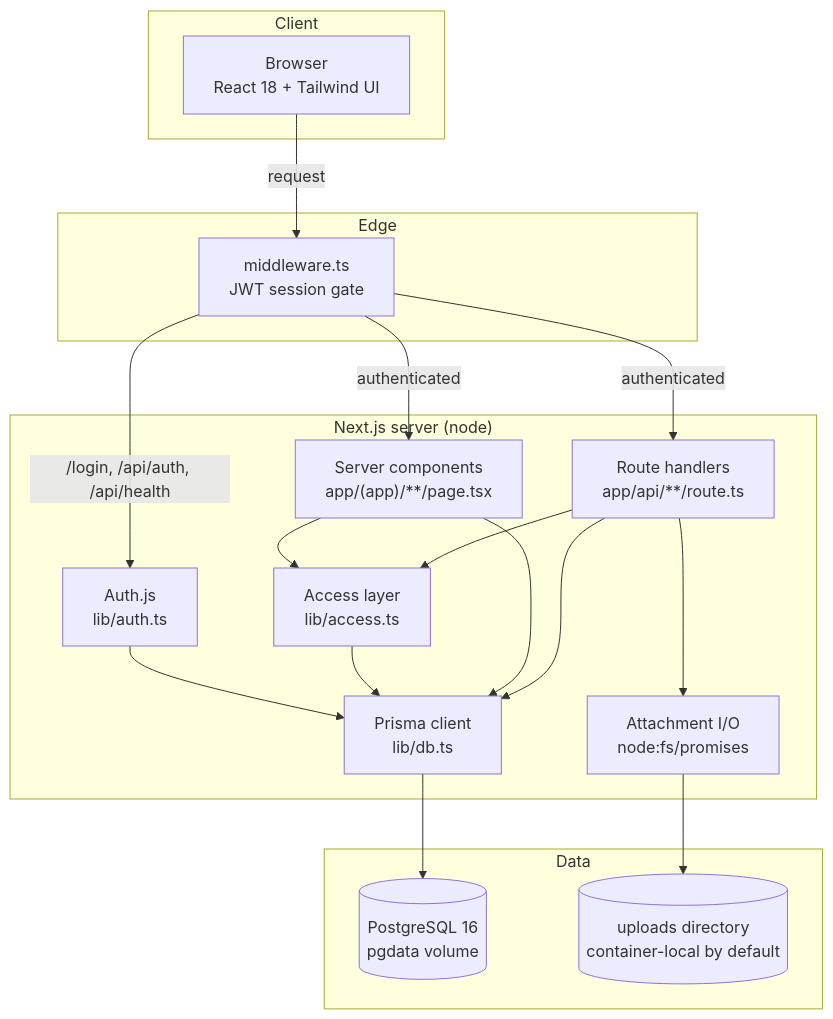
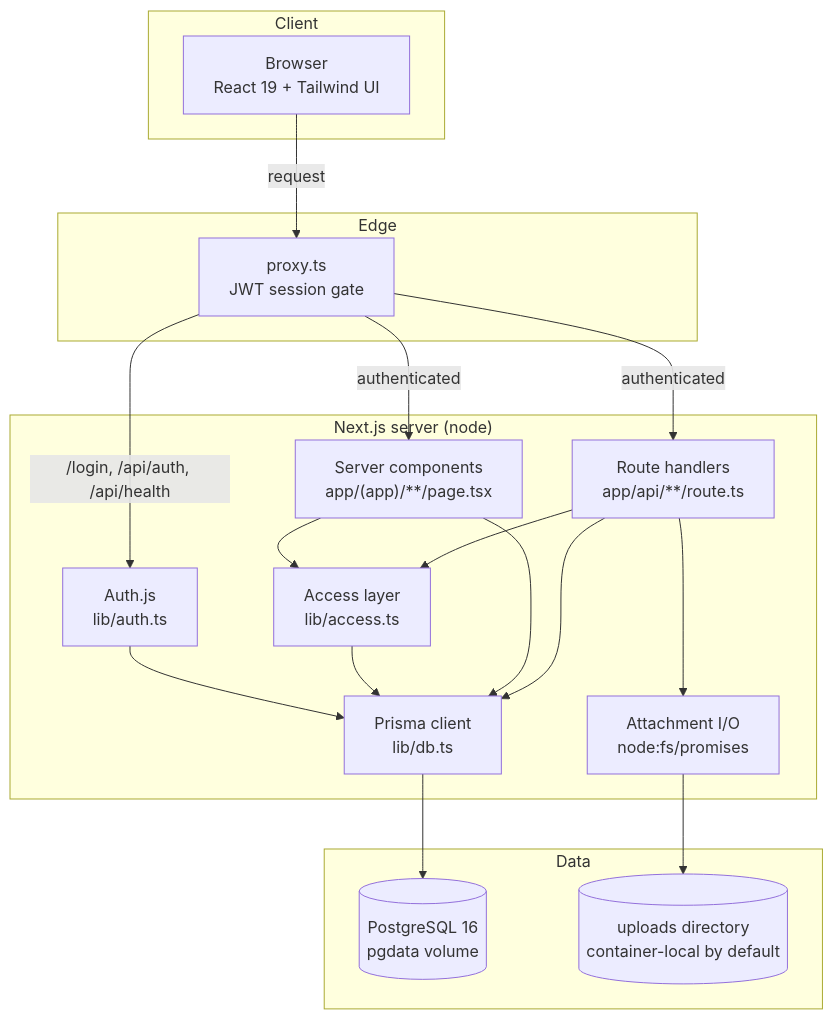
One commit to akash3114/Project_Site_Tracker changed the second of 8 diagrams in docs/ARCHITECTURE.md. Above: the diagram before and after it, drawn with Mermaid. The commit also changed other lines of this file and 23 other files, not shown here.

````diff
--- a/docs/ARCHITECTURE.md
+++ b/docs/ARCHITECTURE.md
@@ -89,38 +89,38 @@
 ```mermaid
 flowchart TB
   subgraph Client["Client"]
-    B["Browser<br/>React 18 + Tailwind UI"]
+    B["Browser<br/>React 19 + Tailwind UI"]
   end
 
   subgraph Edge["Edge"]
-    MW["middleware.ts<br/>JWT session gate"]
+    MW["proxy.ts<br/>JWT session gate"]
   end
 
   subgraph Server["Next.js server (node)"]
     RSC["Server components<br/>app/(app)/**/page.tsx"]
     API["Route handlers<br/>app/api/**/route.ts"]
     AUTH["Auth.js<br/>lib/auth.ts"]
     ACCESS["Access layer<br/>lib/access.ts"]
     PRISMA["Prisma client<br/>lib/db.ts"]
     FILES["Attachment I/O<br/>node:fs/promises"]
   end
 
   subgraph Data["Data"]
     PG[("PostgreSQL 16<br/>pgdata volume")]
     UP[("uploads directory<br/>container-local by default")]
   end
 
   B -->|"request"| MW
   MW -->|"authenticated"| RSC
   MW -->|"authenticated"| API
   MW -->|"/login, /api/auth, /api/health"| AUTH
   RSC --> ACCESS
   API --> ACCESS
   AUTH --> PRISMA
   ACCESS --> PRISMA
   RSC --> PRISMA
   API --> PRISMA
   API --> FILES
   PRISMA --> PG
   FILES --> UP
 ```
````
